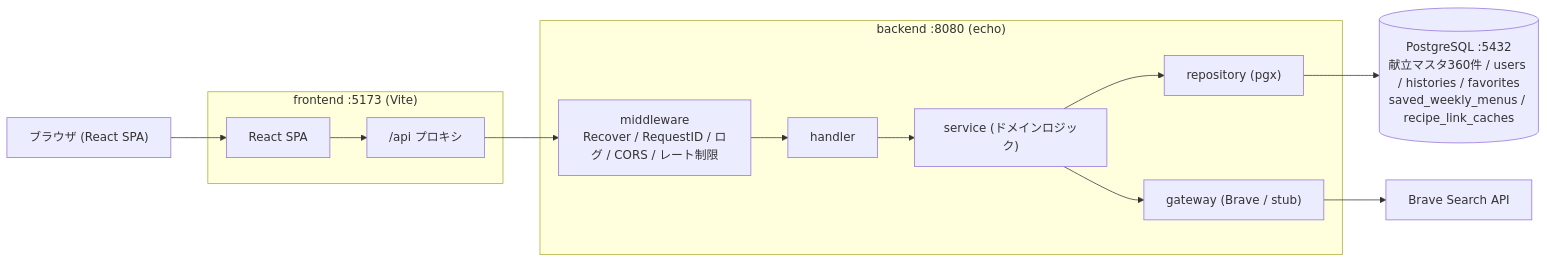
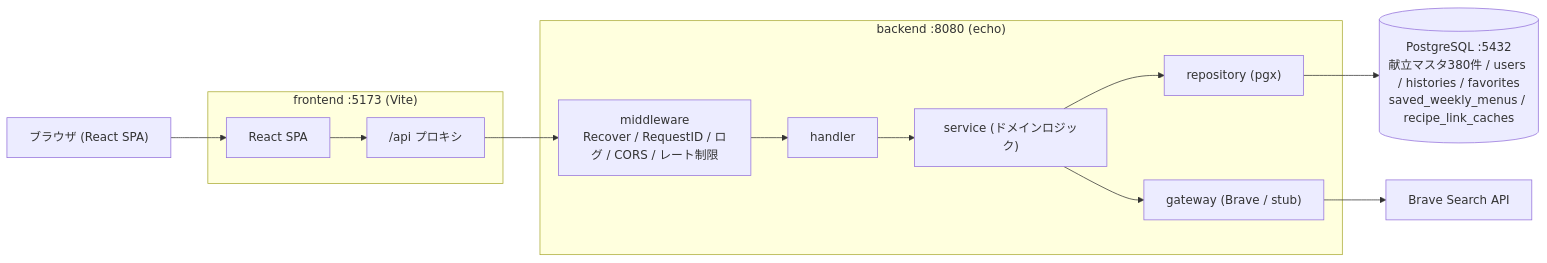
One commit to yuuyakim/menu-planner changed the diagram in README.md. Above: the diagram before and after it, drawn with Mermaid. The commit also changed other lines of this file and 6 other files, not shown here.

````diff
--- a/README.md
+++ b/README.md
@@ -26,21 +26,21 @@
 ```mermaid
 flowchart LR
     Browser["ブラウザ (React SPA)"]
     subgraph Frontend["frontend :5173 (Vite)"]
         SPA["React SPA"]
         Proxy["/api プロキシ"]
     end
     subgraph Backend["backend :8080 (echo)"]
         MW["middleware<br/>Recover / RequestID / ログ / CORS / レート制限"]
         H["handler"]
         S["service (ドメインロジック)"]
         R["repository (pgx)"]
         G["gateway (Brave / stub)"]
     end
-    DB[("PostgreSQL :5432<br/>献立マスタ360件 / users / histories / favorites<br/>saved_weekly_menus / recipe_link_caches")]
+    DB[("PostgreSQL :5432<br/>献立マスタ380件 / users / histories / favorites<br/>saved_weekly_menus / recipe_link_caches")]
     Brave["Brave Search API"]
 
     Browser --> SPA --> Proxy --> MW --> H --> S
     S --> R --> DB
     S --> G --> Brave
 ```
````
